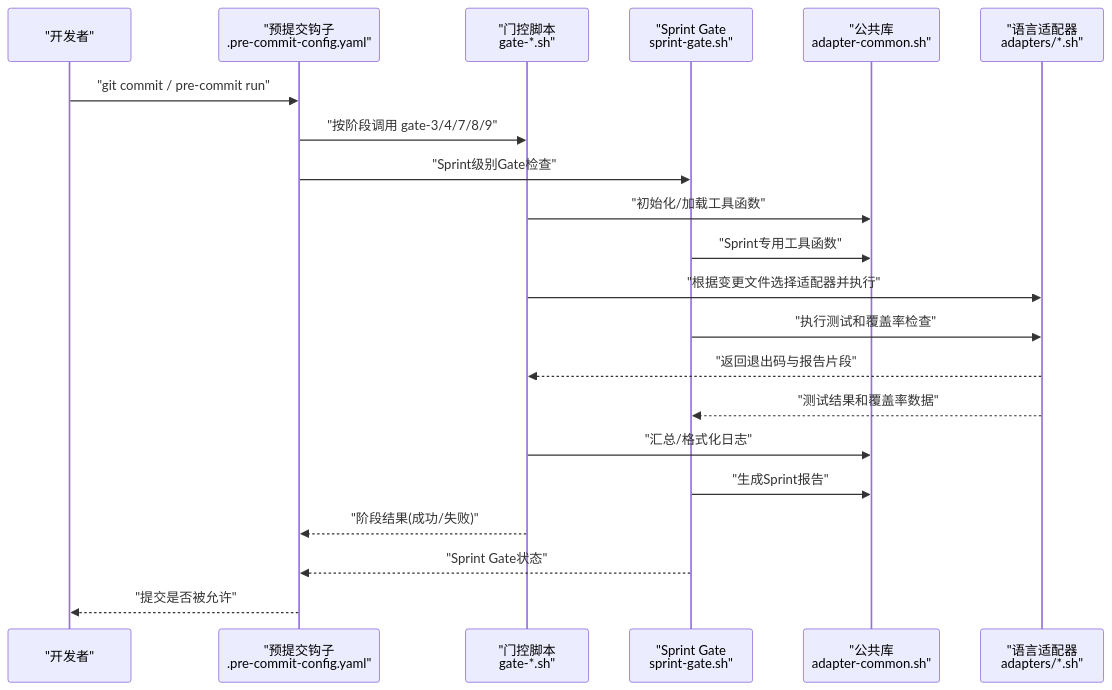
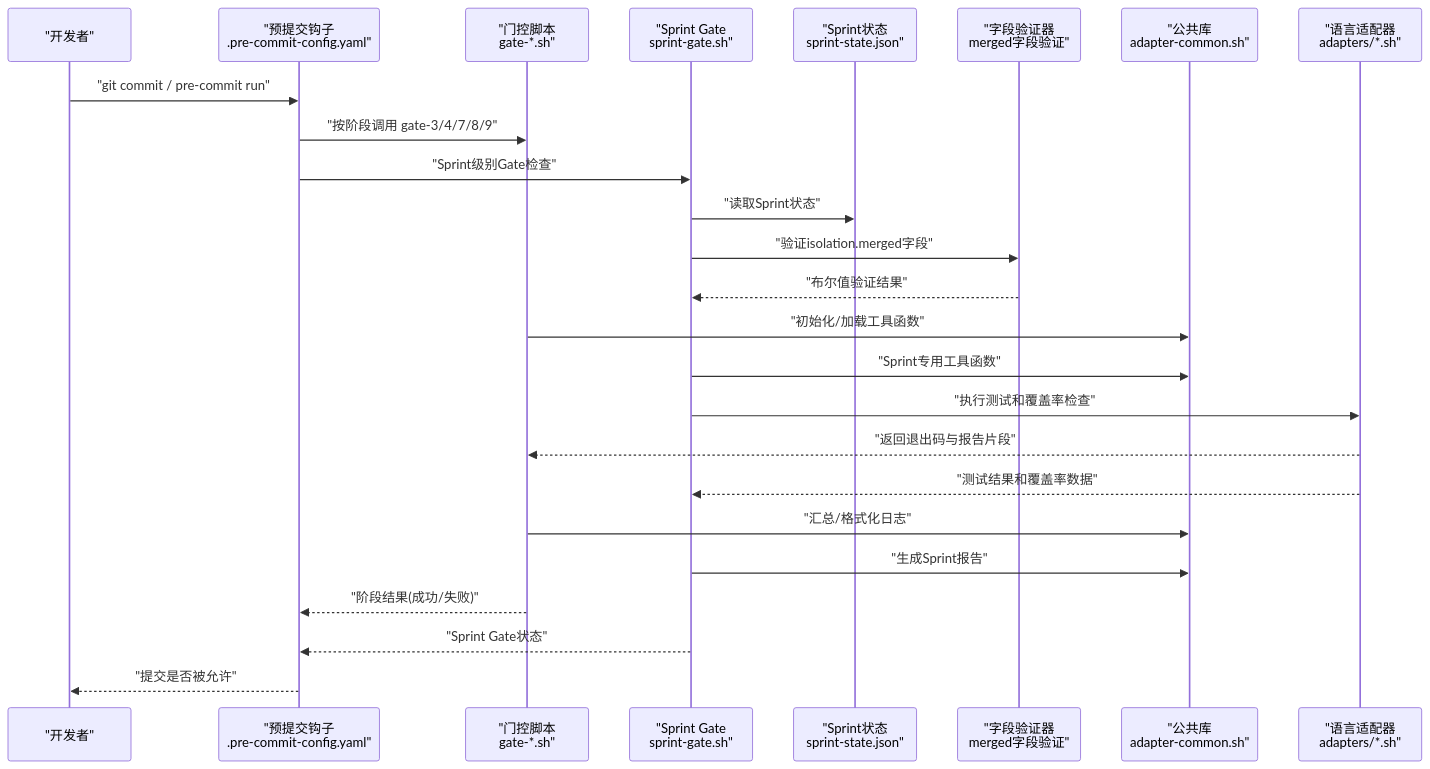
One commit to boyingliu01/fault-review-analyzer changed the second of 7 diagrams in .qoder/repowiki/zh/content/开发指南/Git Hooks系统.md. Above: the diagram before and after it, drawn with Mermaid. The commit also changed other lines of this file and 123 other files, not shown here.

````diff
--- a/.qoder/repowiki/zh/content/开发指南/Git Hooks系统.md
+++ b/.qoder/repowiki/zh/content/开发指南/Git Hooks系统.md
@@ -227,23 +248,27 @@
 ```mermaid
 sequenceDiagram
 participant Dev as "开发者"
 participant PC as "预提交钩子<br/>.pre-commit-config.yaml"
 participant Gate as "门控脚本<br/>gate-*.sh"
 participant Sprint as "Sprint Gate<br/>sprint-gate.sh"
+participant State as "Sprint状态<br/>sprint-state.json"
+participant Validator as "字段验证器<br/>merged字段验证"
 participant Common as "公共库<br/>adapter-common.sh"
 participant Adapter as "语言适配器<br/>adapters/*.sh"
 Dev->>PC : "git commit / pre-commit run"
 PC->>Gate : "按阶段调用 gate-3/4/7/8/9"
 PC->>Sprint : "Sprint级别Gate检查"
+Sprint->>State : "读取Sprint状态"
+Sprint->>Validator : "验证isolation.merged字段"
+Validator-->>Sprint : "布尔值验证结果"
 Gate->>Common : "初始化/加载工具函数"
 Sprint->>Common : "Sprint专用工具函数"
-Gate->>Adapter : "根据变更文件选择适配器并执行"
 Sprint->>Adapter : "执行测试和覆盖率检查"
 Adapter-->>Gate : "返回退出码与报告片段"
 Adapter-->>Sprint : "测试结果和覆盖率数据"
 Gate->>Common : "汇总/格式化日志"
 Sprint->>Common : "生成Sprint报告"
 Gate-->>PC : "阶段结果(成功/失败)"
 Sprint-->>PC : "Sprint Gate状态"
 PC-->>Dev : "提交是否被允许"
 ```
````
